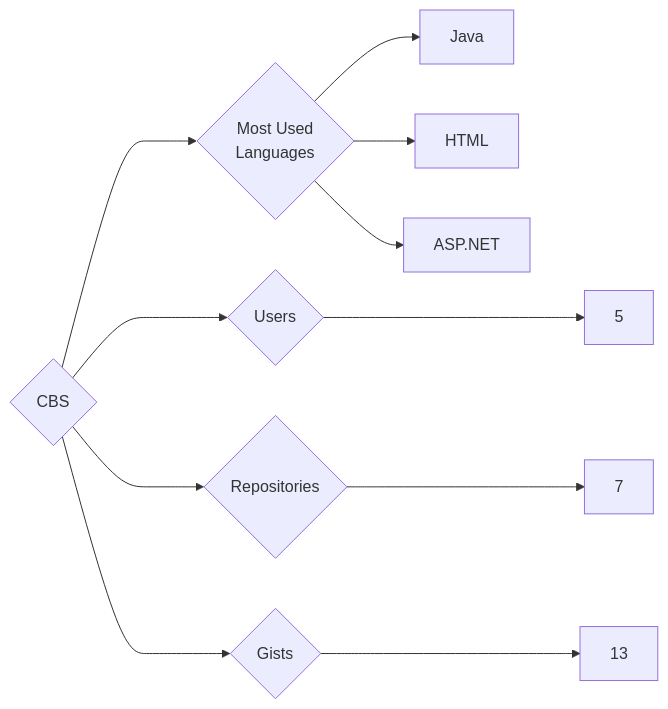
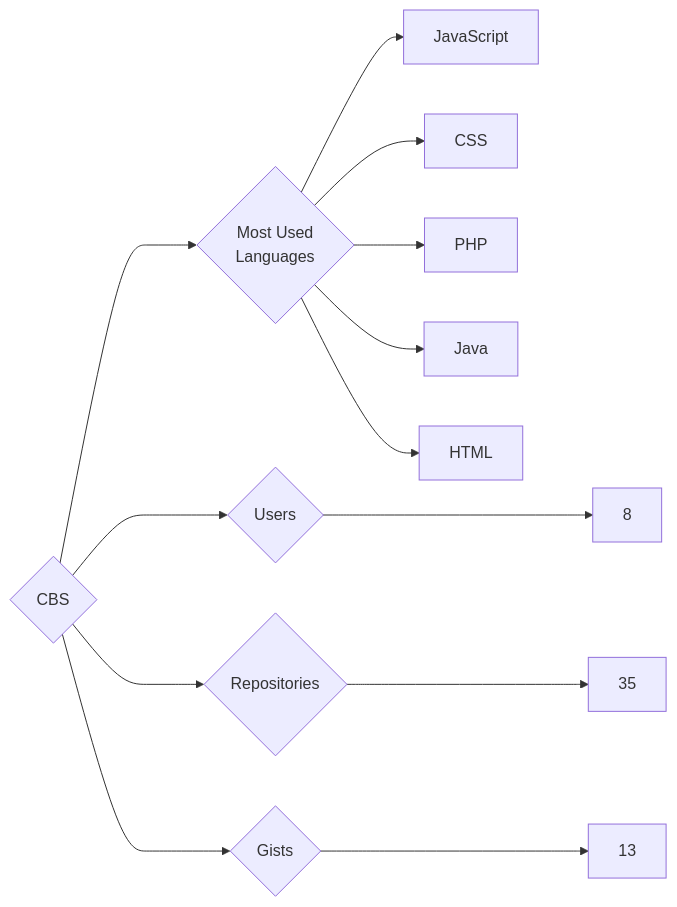
Before and after one commit to trickest/insiders: the diagram in targets/CBS/README.md, drawn with Mermaid. The commit also changed 720 other files, not shown here.

````diff
--- a/targets/CBS/README.md
+++ b/targets/CBS/README.md
@@ -3,11 +3,13 @@
 ```mermaid
 graph LR
 COMPANY_NAME{CBS}
-COMPANY_NAME ---> U{Users} ---> UN[5]
-COMPANY_NAME ---> R{Repositories} ---> RN[7]
+COMPANY_NAME ---> U{Users} ---> UN[8]
+COMPANY_NAME ---> R{Repositories} ---> RN[35]
 COMPANY_NAME ---> G{Gists} ---> GN[13]
 COMPANY_NAME ---> ML{Most Used<br>Languages}
+ML --> JavaScript[JavaScript]
+ML --> CSS[CSS]
+ML --> PHP[PHP]
 ML --> Java[Java]
 ML --> HTML[HTML]
-ML --> ASP.NET[ASP.NET]
 ```
````
